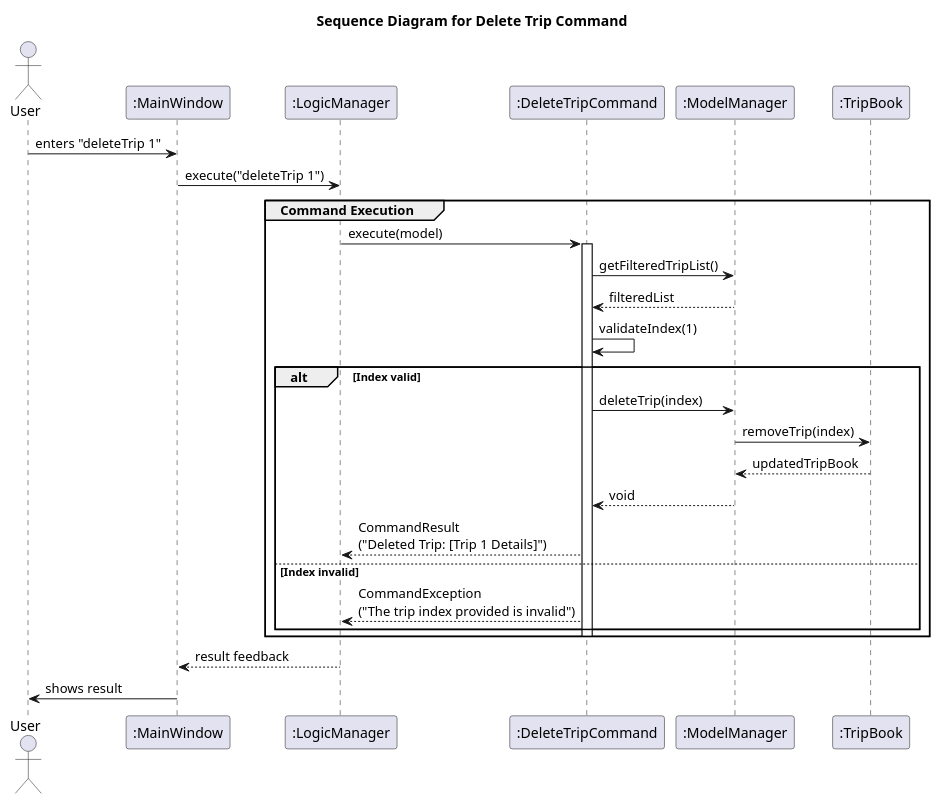
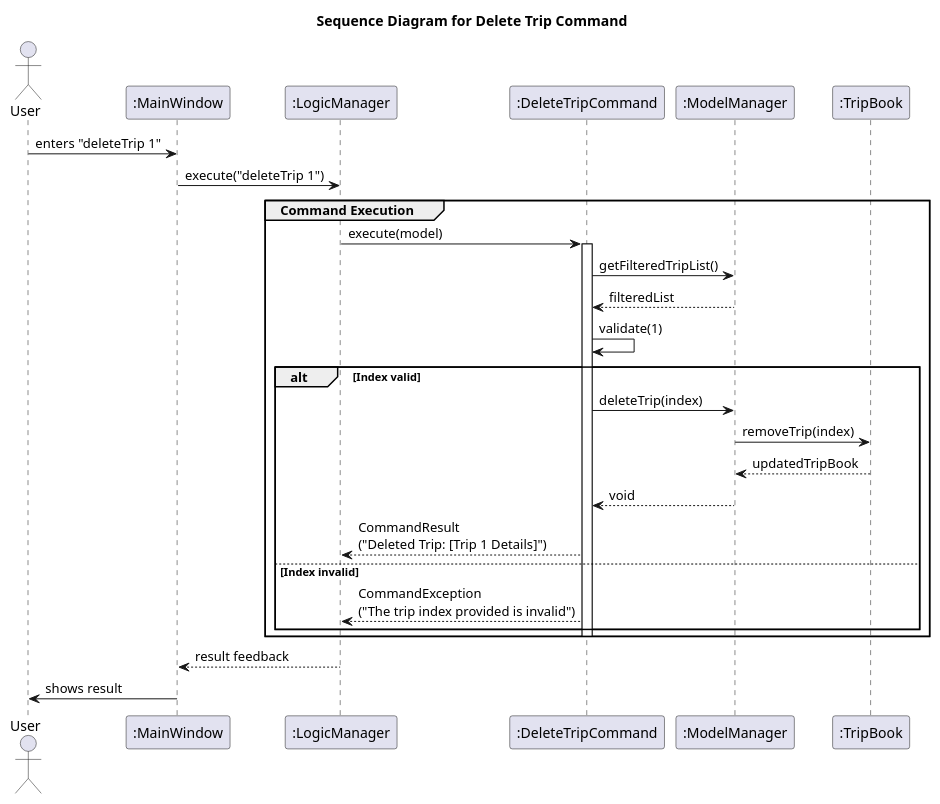
One commit to kararei/tp changed the diagram in docs/diagrams/DeleteTripSequenceDiagram.puml. Above: the diagram before and after it, drawn with PlantUML. The commit also changed 1 other file, not shown here.

Commit message:
Rename Validate Method

```diff
--- a/docs/diagrams/DeleteTripSequenceDiagram.puml
+++ b/docs/diagrams/DeleteTripSequenceDiagram.puml
@@ -1,39 +1,39 @@
 @startuml DeleteTripSequenceDiagram
 
 title Sequence Diagram for Delete Trip Command
 
 actor User
 participant ":MainWindow" as MainWindow
 participant ":LogicManager" as LogicManager
 participant ":DeleteTripCommand" as DeleteCommand
 participant ":ModelManager" as ModelManager
 participant ":TripBook" as TripBook
 
 User -> MainWindow : enters "deleteTrip 1"
 MainWindow -> LogicManager : execute("deleteTrip 1")
 
 group Command Execution
     LogicManager -> DeleteCommand : execute(model)
     activate DeleteCommand
 
     DeleteCommand -> ModelManager : getFilteredTripList()
     ModelManager --> DeleteCommand : filteredList
-    DeleteCommand -> DeleteCommand : validateIndex(1)
+    DeleteCommand -> DeleteCommand : validate(1)
 
     alt Index valid
         DeleteCommand -> ModelManager : deleteTrip(index)
         ModelManager -> TripBook : removeTrip(index)
         TripBook --> ModelManager : updatedTripBook
         ModelManager --> DeleteCommand : void
         DeleteCommand --> LogicManager : CommandResult\n("Deleted Trip: [Trip 1 Details]")
     else Index invalid
         DeleteCommand --> LogicManager : CommandException\n("The trip index provided is invalid")
     end
 
     deactivate DeleteCommand
 end
 
 LogicManager --> MainWindow : result feedback
 MainWindow -> User : shows result
 
 @enduml
```
